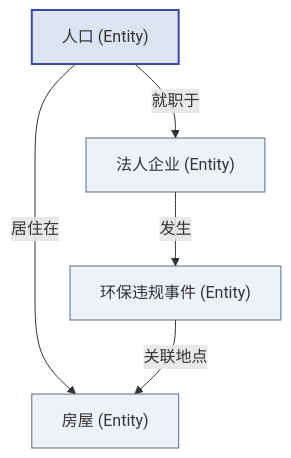
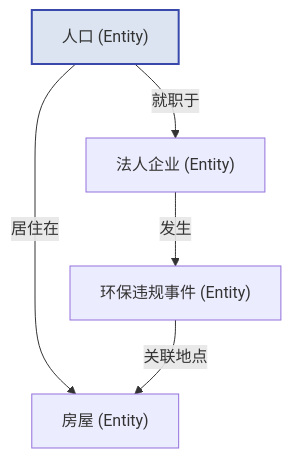
One commit to cloudzun/fde-course changed the diagram in textbook/第06章_Phase2_Prototype.md. Above: the diagram before and after it, drawn with Mermaid. The commit also changed 10 other files, not shown here.

Commit message:
style: 全库mermaid配色统一以第11章为标准——删主色灰底style，仅保留强调蓝/琥珀金/绿/红四色点缀（40行，方向与第11章图不动）

````diff
--- a/textbook/第06章_Phase2_Prototype.md
+++ b/textbook/第06章_Phase2_Prototype.md
@@ -44,12 +44,9 @@
 ```mermaid
 graph TD
     person["人口 (Entity)"] -->|居住在| house["房屋 (Entity)"]
     person -->|就职于| corp["法人企业 (Entity)"]
     corp -->|发生| viol["环保违规事件 (Entity)"]
     viol -->|关联地点| house
 
     style person fill:#dbe4f0,stroke:#3949ab,stroke-width:2px
-    style house fill:#eef2f7,stroke:#5a6b7f
-    style corp fill:#eef2f7,stroke:#5a6b7f
-    style viol fill:#eef2f7,stroke:#5a6b7f
 ```
````
